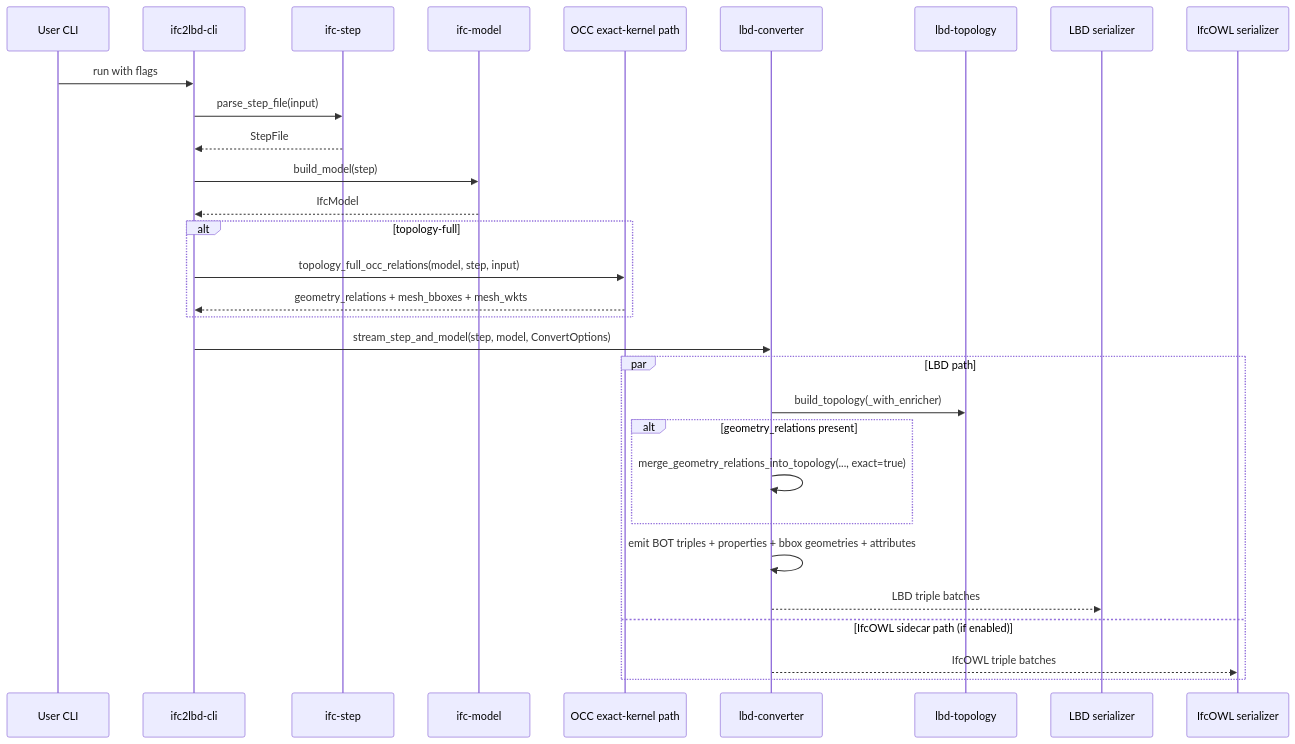
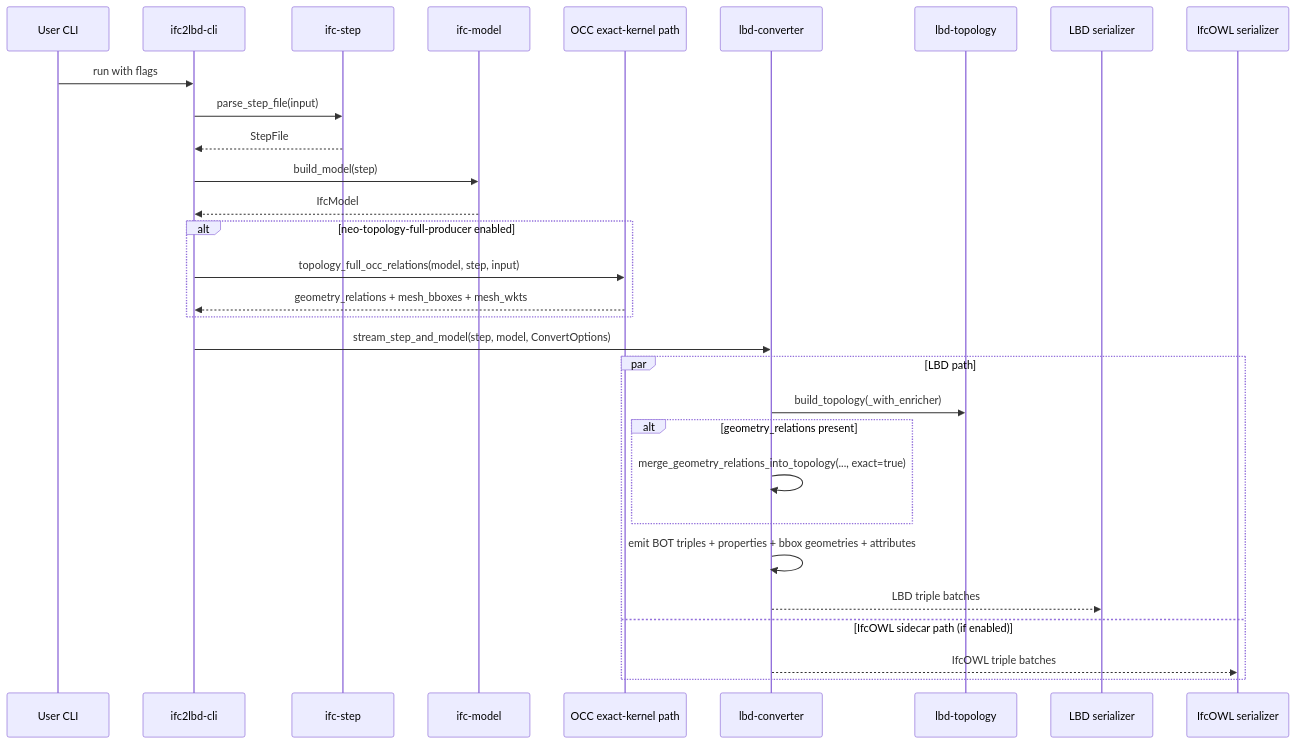
One commit to ISBE-TUe/IFC2LBD-Neo changed the diagram in docs/current/topology-full-workflow.md. Above: the diagram before and after it, drawn with Mermaid. The commit also changed other lines of this file and 4 other files, not shown here.

````diff
--- a/docs/current/topology-full-workflow.md
+++ b/docs/current/topology-full-workflow.md
@@ -37,36 +37,36 @@
 ```mermaid
 sequenceDiagram
     participant U as User CLI
     participant C as ifc2lbd-cli
     participant S as ifc-step
     participant M as ifc-model
     participant G as OCC exact-kernel path
     participant X as lbd-converter
     participant T as lbd-topology
     participant L as LBD serializer
     participant I as IfcOWL serializer
 
     U->>C: run with flags
     C->>S: parse_step_file(input)
     S-->>C: StepFile
     C->>M: build_model(step)
     M-->>C: IfcModel
 
-    alt topology-full
+    alt neo-topology-full-producer enabled
         C->>G: topology_full_occ_relations(model, step, input)
         G-->>C: geometry_relations + mesh_bboxes + mesh_wkts
     end
 
     C->>X: stream_step_and_model(step, model, ConvertOptions)
 
     par LBD path
         X->>T: build_topology(_with_enricher)
         alt geometry_relations present
             X->>X: merge_geometry_relations_into_topology(..., exact=true)
         end
         X->>X: emit BOT triples + properties + bbox geometries + attributes
         X-->>L: LBD triple batches
     and IfcOWL sidecar path (if enabled)
         X-->>I: IfcOWL triple batches
     end
 ```
````
